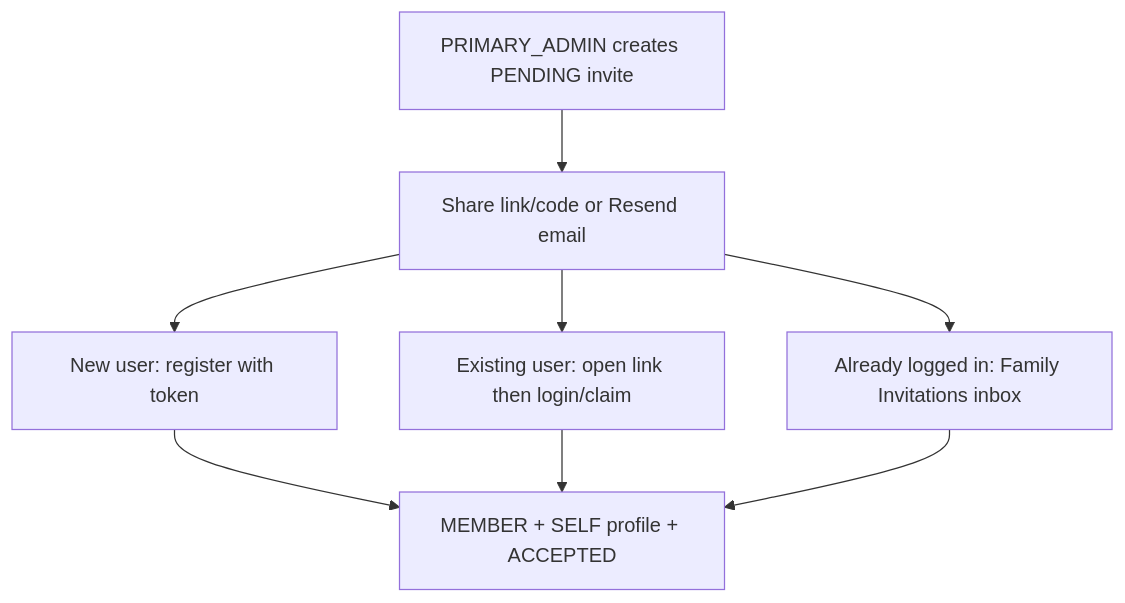
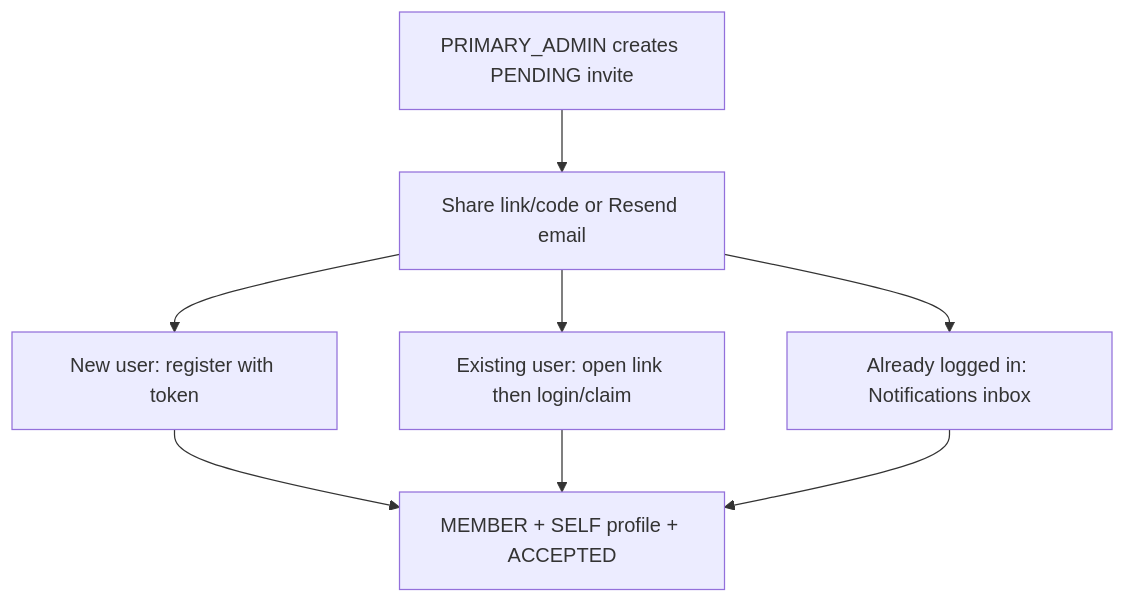
Before and after one commit to CanMakan-Team/CanMakan: the diagram in client/mobile/app/src/main/java/sg/edu/nus/iss/canmakan/features/family/README.md, drawn with Mermaid. The commit also changed other lines of this file and 14 other files, not shown here.

````diff
--- a/client/mobile/app/src/main/java/sg/edu/nus/iss/canmakan/features/family/README.md
+++ b/client/mobile/app/src/main/java/sg/edu/nus/iss/canmakan/features/family/README.md
@@ -36,10 +36,10 @@
 ```mermaid
 flowchart TD
   Admin[PRIMARY_ADMIN creates PENDING invite] --> Share[Share link/code or Resend email]
   Share --> PathA[New user: register with token]
   Share --> PathB[Existing user: open link then login/claim]
-  Share --> PathC[Already logged in: Family Invitations inbox]
+  Share --> PathC[Already logged in: Notifications inbox]
   PathA --> Join[MEMBER + SELF profile + ACCEPTED]
   PathB --> Join
   PathC --> Join
 ```
````
